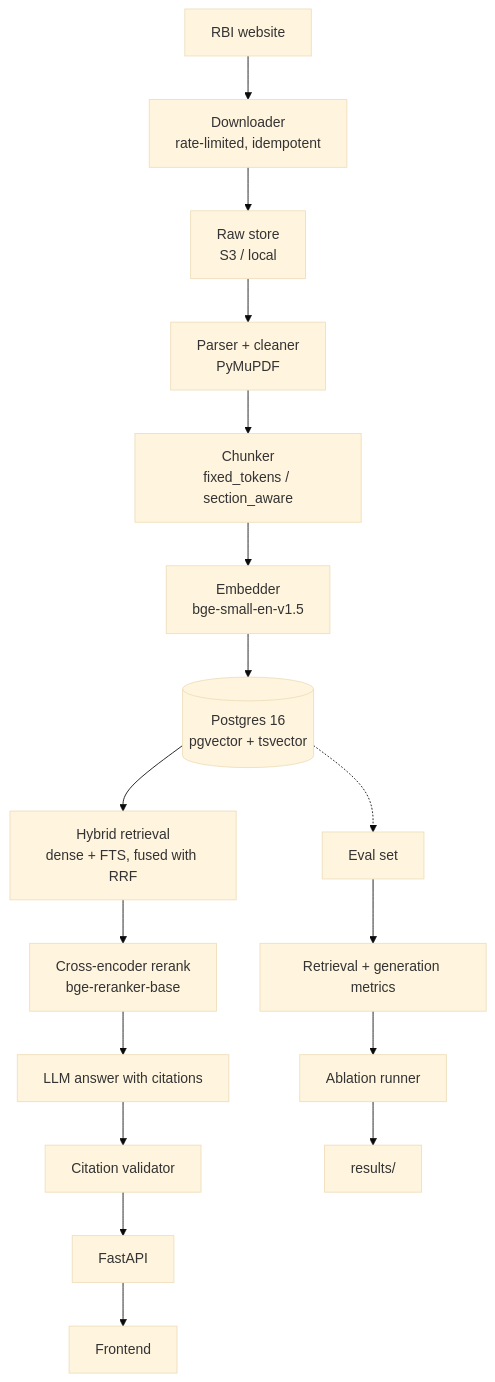
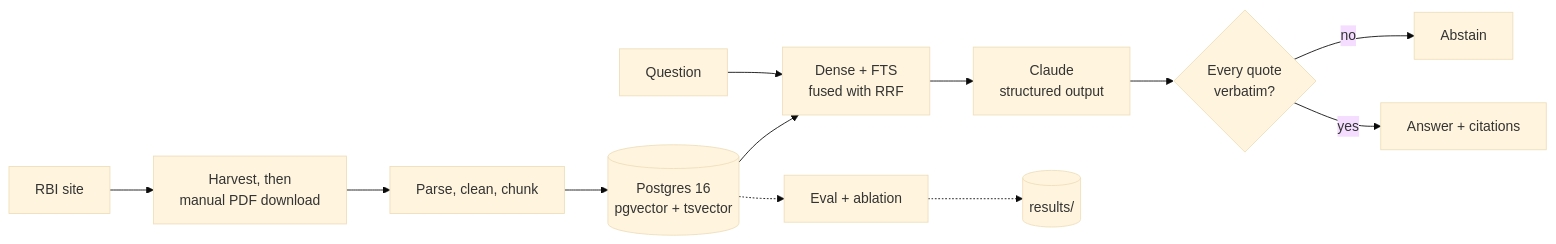
The diagram in README.md (k4keshav-singh/rbi-rag), drawn with Mermaid (base theme) before and after one commit. The commit also changed other lines of this file and 3 other files, not shown here.

````diff
--- a/README.md
+++ b/README.md
@@ -28,20 +46,14 @@
 ```mermaid
-flowchart TD
-    A[RBI website] --> B[Downloader<br/>rate-limited, idempotent]
-    B --> C[Raw store<br/>S3 / local]
-    C --> D[Parser + cleaner<br/>PyMuPDF]
-    D --> E[Chunker<br/>fixed_tokens / section_aware]
-    E --> F[Embedder<br/>bge-small-en-v1.5]
-    F --> G[(Postgres 16<br/>pgvector + tsvector)]
-    G --> H[Hybrid retrieval<br/>dense + FTS, fused with RRF]
-    H --> I[Cross-encoder rerank<br/>bge-reranker-base]
-    I --> J[LLM answer with citations]
-    J --> K[Citation validator]
-    K --> L[FastAPI]
-    L --> M[Frontend]
-
-    G -.-> N[Eval set]
-    N --> O[Retrieval + generation metrics]
-    O --> P[Ablation runner]
-    P --> Q[results/]
+flowchart LR
+    A[RBI site] --> B[Harvest, then<br/>manual PDF download]
+    B --> C[Parse, clean, chunk]
+    C --> D[(Postgres 16<br/>pgvector + tsvector)]
+    E[Question] --> F[Dense + FTS<br/>fused with RRF]
+    D --> F
+    F --> G[Claude<br/>structured output]
+    G --> H{Every quote<br/>verbatim?}
+    H -->|no| I[Abstain]
+    H -->|yes| J[Answer + citations]
+    D -.-> K[Eval + ablation]
+    K -.-> L[(results/)]
 ```
````
